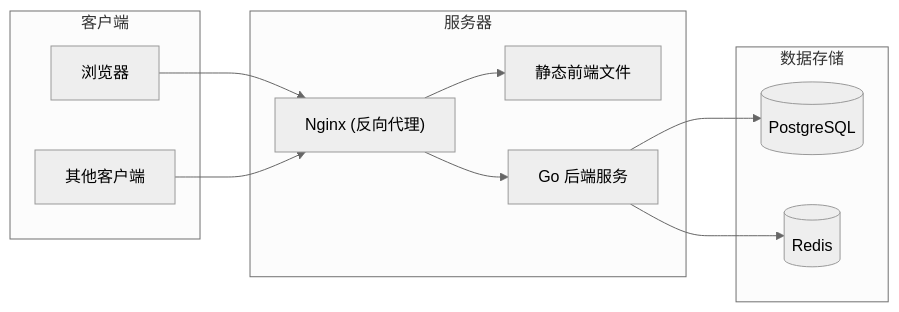
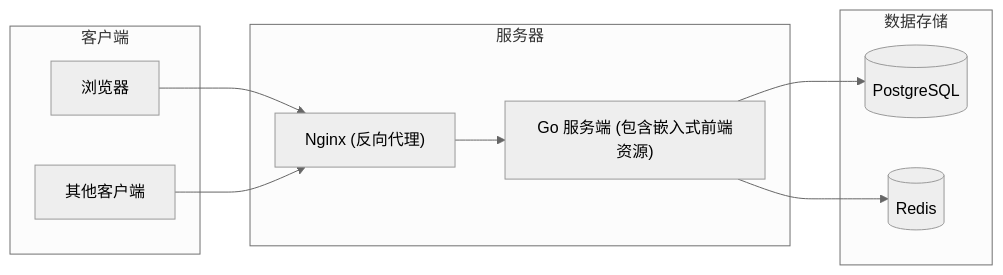
Before and after one commit to burugo/one-mcp: the third of 3 diagrams in doc/technical_architecture.md, drawn with Mermaid (neutral theme). The commit also changed other lines of this file and 46 other files, not shown here.

````diff
--- a/doc/technical_architecture.md
+++ b/doc/technical_architecture.md
@@ -369,25 +373,23 @@
 ```mermaid
 graph LR
     subgraph "客户端"
         Browser["浏览器"]
         Client["其他客户端"]
     end
     
     subgraph "服务器"
         Nginx["Nginx (反向代理)"]
-        Frontend["静态前端文件"]
-        Backend["Go 后端服务"]
+        GoServer["Go 服务端 (包含嵌入式前端资源)"]
     end
     
     subgraph "数据存储"
         PostgreSQL[(PostgreSQL)]
         Redis[(Redis)]
     end
     
     Browser --> Nginx
     Client --> Nginx
-    Nginx --> Frontend
-    Nginx --> Backend
-    Backend --> PostgreSQL
-    Backend --> Redis
+    Nginx --> GoServer
+    GoServer --> PostgreSQL
+    GoServer --> Redis
 ```
````
